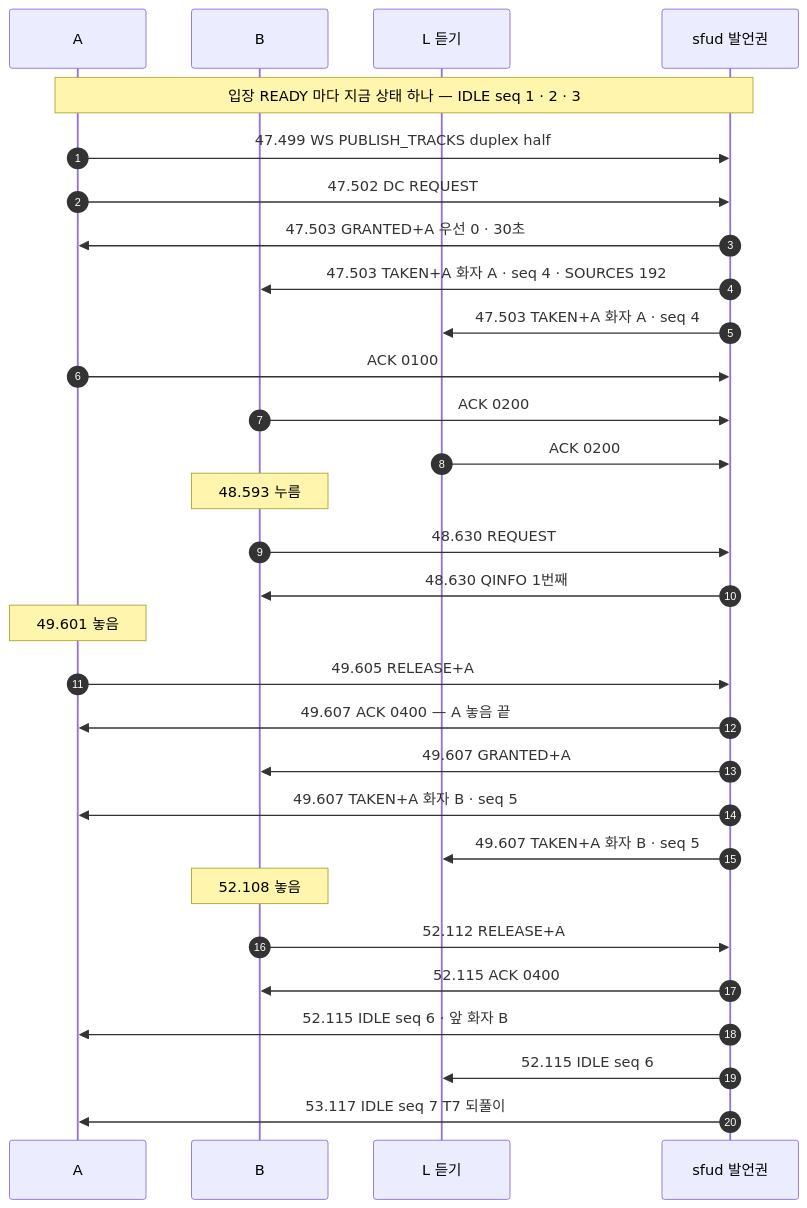
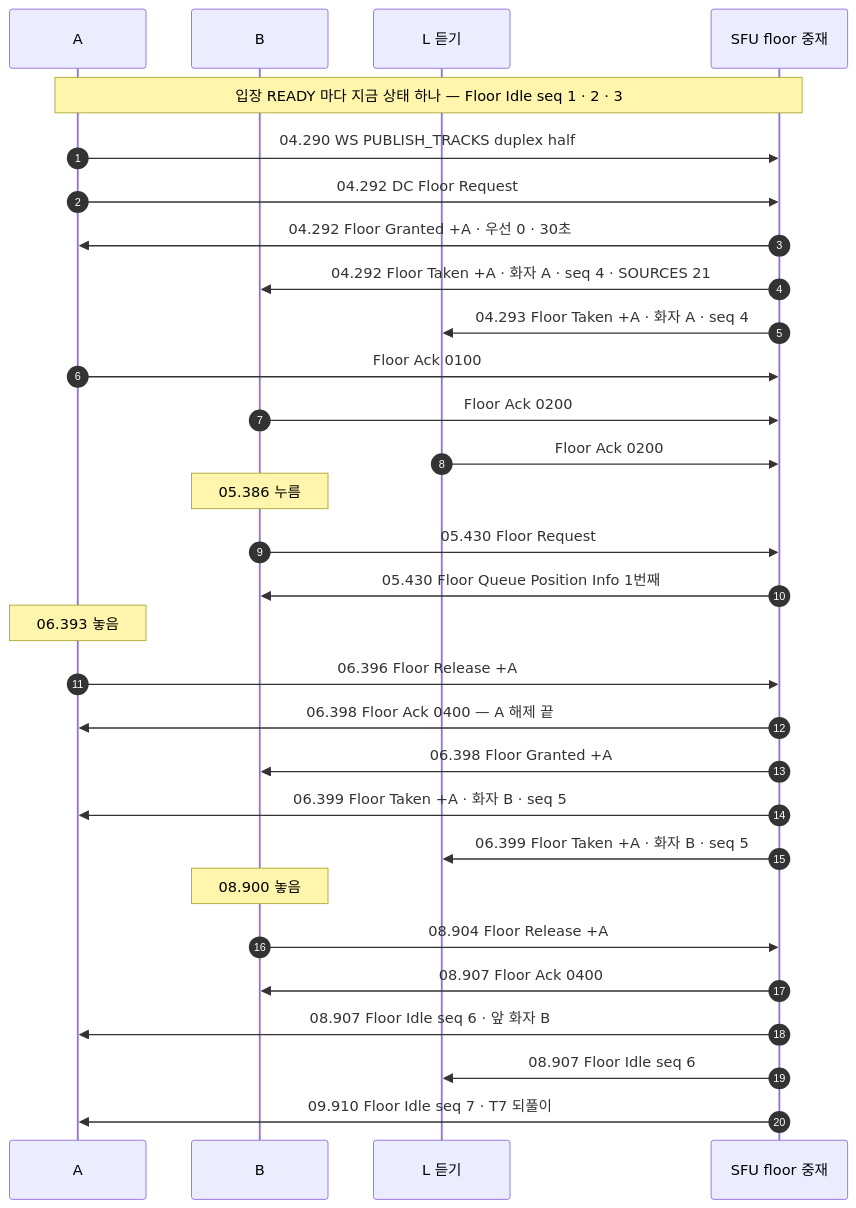
Before and after one commit to kodeholic9/oxlens-sfu: the second of 4 diagrams in docs/learn/07_FLOOR.md, drawn with Mermaid. The commit also changed other lines of this file and 19 other files, not shown here.

Commit message:
발언권 줄 mbcp_seq 를 와이어 SEQ 로(f6bbf02 S4 수리가 다른 칸 o.m.n 을 실어 늘 0) · 학습 문서 공개판 현행화(표준 용어 · 새 회차 값)(context 202611/20261109a 현행화)

````diff
--- a/docs/learn/07_FLOOR.md
+++ b/docs/learn/07_FLOOR.md
@@ -51,32 +68,32 @@
 ```mermaid
 sequenceDiagram
   autonumber
   participant A as A
   participant B as B
   participant L as L 듣기
-  participant S as sfud 발언권
-  Note over A,S: 입장 READY 마다 지금 상태 하나 — IDLE seq 1 · 2 · 3
-  A->>S: 47.499 WS PUBLISH_TRACKS duplex half
-  A->>S: 47.502 DC REQUEST
-  S->>A: 47.503 GRANTED+A 우선 0 · 30초
-  S->>B: 47.503 TAKEN+A 화자 A · seq 4 · SOURCES 192
-  S->>L: 47.503 TAKEN+A 화자 A · seq 4
-  A->>S: ACK 0100
-  B->>S: ACK 0200
-  L->>S: ACK 0200
-  Note over B: 48.593 누름
-  B->>S: 48.630 REQUEST
-  S->>B: 48.630 QINFO 1번째
-  Note over A: 49.601 놓음
-  A->>S: 49.605 RELEASE+A
-  S->>A: 49.607 ACK 0400 — A 놓음 끝
-  S->>B: 49.607 GRANTED+A
-  S->>A: 49.607 TAKEN+A 화자 B · seq 5
-  S->>L: 49.607 TAKEN+A 화자 B · seq 5
-  Note over B: 52.108 놓음
-  B->>S: 52.112 RELEASE+A
-  S->>B: 52.115 ACK 0400
-  S->>A: 52.115 IDLE seq 6 · 앞 화자 B
-  S->>L: 52.115 IDLE seq 6
-  S->>A: 53.117 IDLE seq 7 T7 되풀이
+  participant S as SFU floor 중재
+  Note over A,S: 입장 READY 마다 지금 상태 하나 — Floor Idle seq 1 · 2 · 3
+  A->>S: 04.290 WS PUBLISH_TRACKS duplex half
+  A->>S: 04.292 DC Floor Request
+  S->>A: 04.292 Floor Granted +A · 우선 0 · 30초
+  S->>B: 04.292 Floor Taken +A · 화자 A · seq 4 · SOURCES 21
+  S->>L: 04.293 Floor Taken +A · 화자 A · seq 4
+  A->>S: Floor Ack 0100
+  B->>S: Floor Ack 0200
+  L->>S: Floor Ack 0200
+  Note over B: 05.386 누름
+  B->>S: 05.430 Floor Request
+  S->>B: 05.430 Floor Queue Position Info 1번째
+  Note over A: 06.393 놓음
+  A->>S: 06.396 Floor Release +A
+  S->>A: 06.398 Floor Ack 0400 — A 해제 끝
+  S->>B: 06.398 Floor Granted +A
+  S->>A: 06.399 Floor Taken +A · 화자 B · seq 5
+  S->>L: 06.399 Floor Taken +A · 화자 B · seq 5
+  Note over B: 08.900 놓음
+  B->>S: 08.904 Floor Release +A
+  S->>B: 08.907 Floor Ack 0400
+  S->>A: 08.907 Floor Idle seq 6 · 앞 화자 B
+  S->>L: 08.907 Floor Idle seq 6
+  S->>A: 09.910 Floor Idle seq 7 · T7 되풀이
 ```
````
